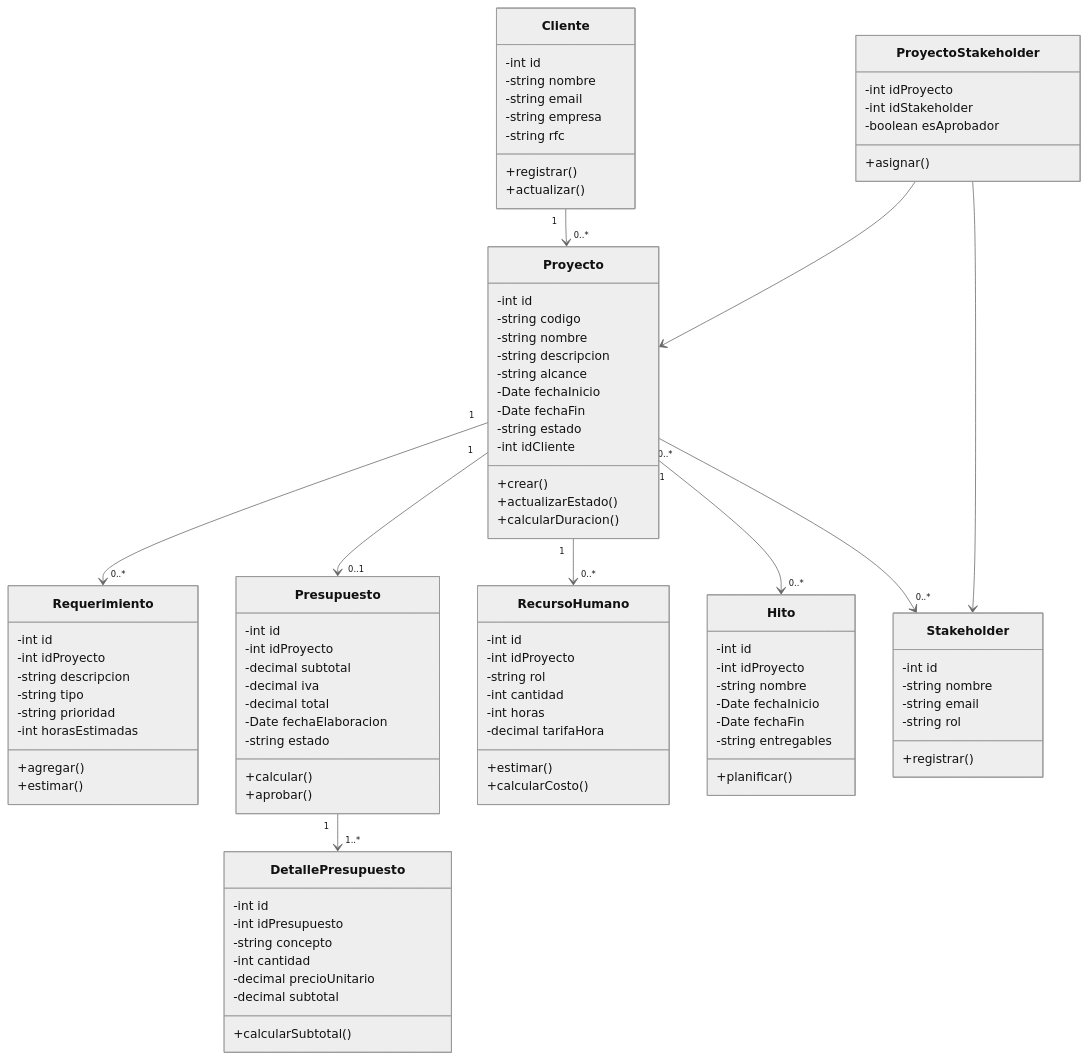
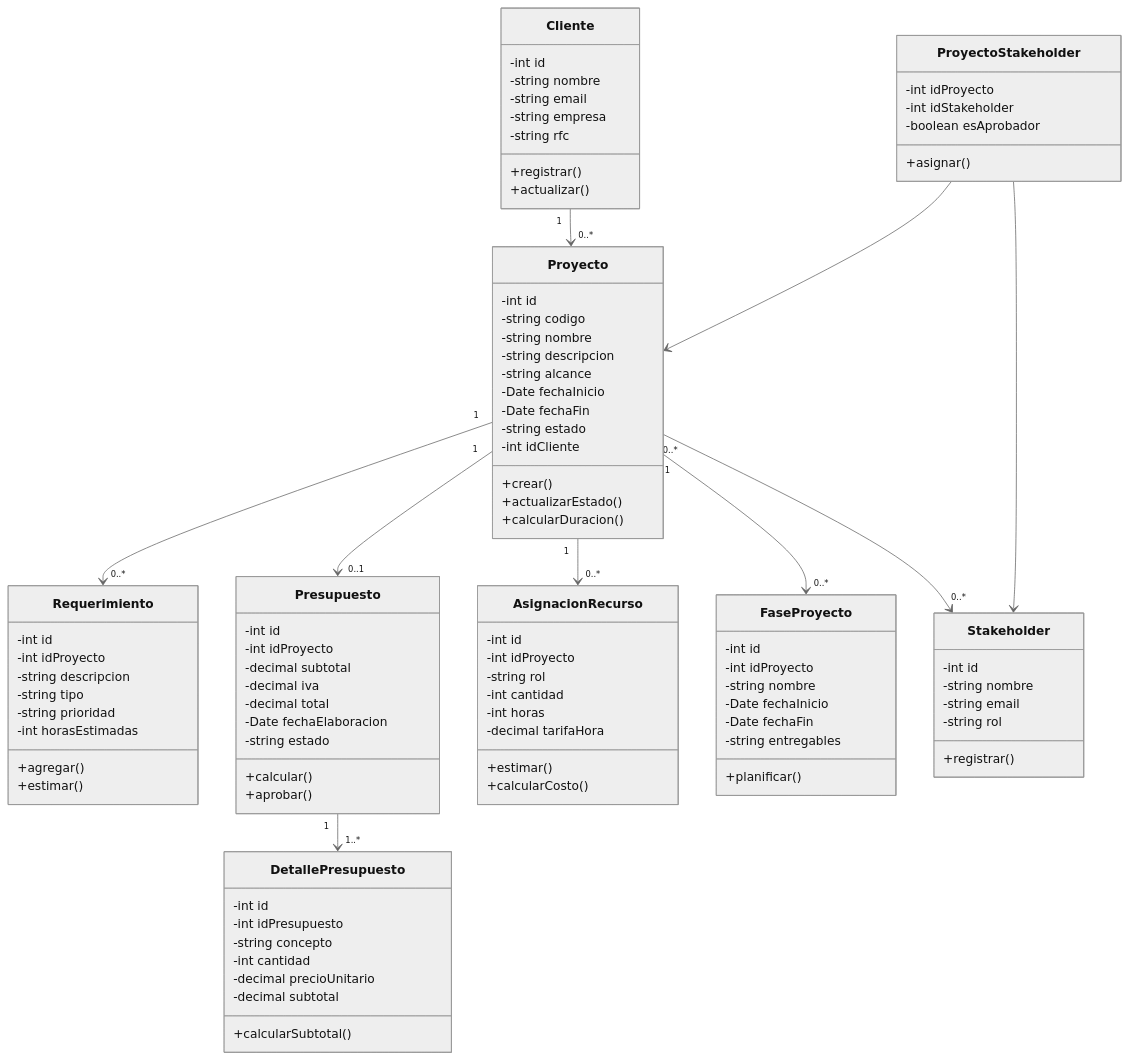
The diagram in src/main/resources/Diagramas/Diagrama de clases.mermaid (Pollix27/NGINX-Start_project), drawn with Mermaid (neutral theme) before and after one commit. The commit also changed 4 other files, not shown here.

Commit message:
se actualizaron los diagramas de clases y Entidad relacion

```diff
--- a/src/main/resources/Diagramas/Diagrama de clases.mermaid
+++ b/src/main/resources/Diagramas/Diagrama de clases.mermaid
@@ -1,105 +1,105 @@
 classDiagram
     class Cliente {
         -int id
         -string nombre
         -string email
         -string empresa
         -string rfc
         +registrar()
         +actualizar()
     }
 
     class Proyecto {
         -int id
         -string codigo
         -string nombre
         -string descripcion
         -string alcance
         -Date fechaInicio
         -Date fechaFin
         -string estado
         -int idCliente
         +crear()
         +actualizarEstado()
         +calcularDuracion()
     }
 
     class Requerimiento {
         -int id
         -int idProyecto
         -string descripcion
         -string tipo
         -string prioridad
         -int horasEstimadas
         +agregar()
         +estimar()
     }
 
     class Presupuesto {
         -int id
         -int idProyecto
         -decimal subtotal
         -decimal iva
         -decimal total
         -Date fechaElaboracion
         -string estado
         +calcular()
         +aprobar()
     }
 
     class DetallePresupuesto {
         -int id
         -int idPresupuesto
         -string concepto
         -int cantidad
         -decimal precioUnitario
         -decimal subtotal
         +calcularSubtotal()
     }
 
-    class RecursoHumano {
+    class AsignacionRecurso {
         -int id
         -int idProyecto
         -string rol
         -int cantidad
         -int horas
         -decimal tarifaHora
         +estimar()
         +calcularCosto()
     }
 
-    class Hito {
+    class FaseProyecto {
         -int id
         -int idProyecto
         -string nombre
         -Date fechaInicio
         -Date fechaFin
         -string entregables
         +planificar()
     }
 
     class Stakeholder {
         -int id
         -string nombre
         -string email
         -string rol
         +registrar()
     }
 
     class ProyectoStakeholder {
         -int idProyecto
         -int idStakeholder
         -boolean esAprobador
         +asignar()
     }
 
 %% Relaciones
     Cliente "1" --> "0..*" Proyecto
     Proyecto "1" --> "0..*" Requerimiento
     Proyecto "1" --> "0..1" Presupuesto
     Presupuesto "1" --> "1..*" DetallePresupuesto
-    Proyecto "1" --> "0..*" RecursoHumano
-    Proyecto "1" --> "0..*" Hito
+    Proyecto "1" --> "0..*" AsignacionRecurso
+    Proyecto "1" --> "0..*" FaseProyecto
     Proyecto "0..*" --> "0..*" Stakeholder
     ProyectoStakeholder --> Proyecto
     ProyectoStakeholder --> Stakeholder
```
